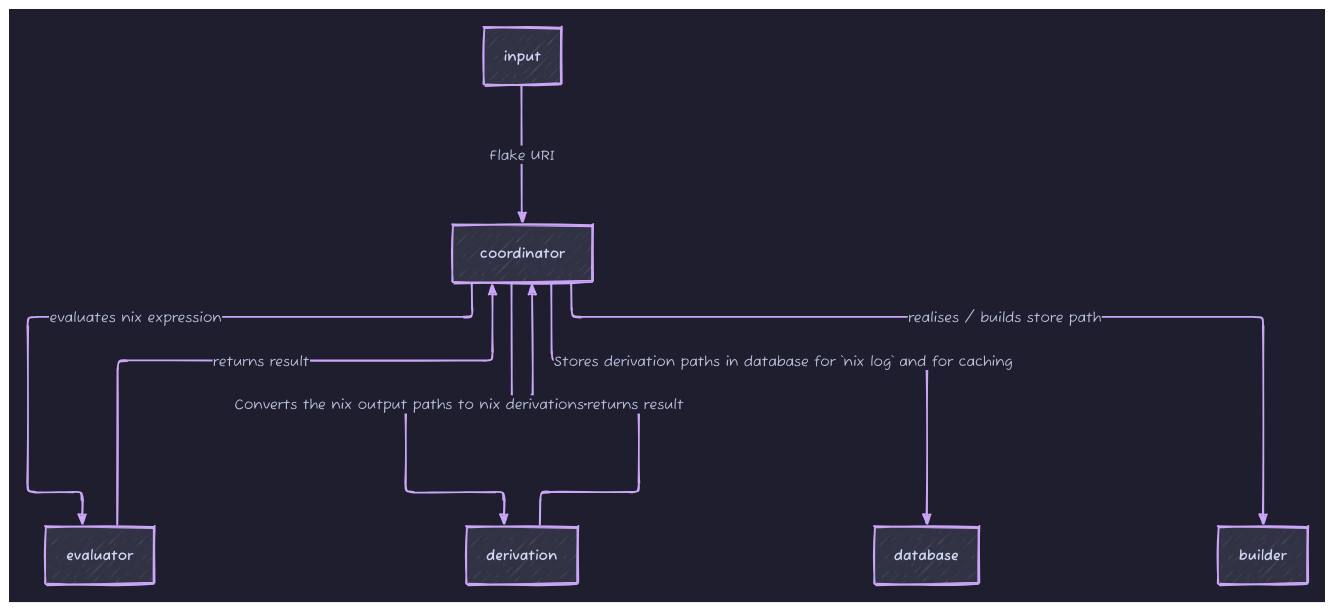
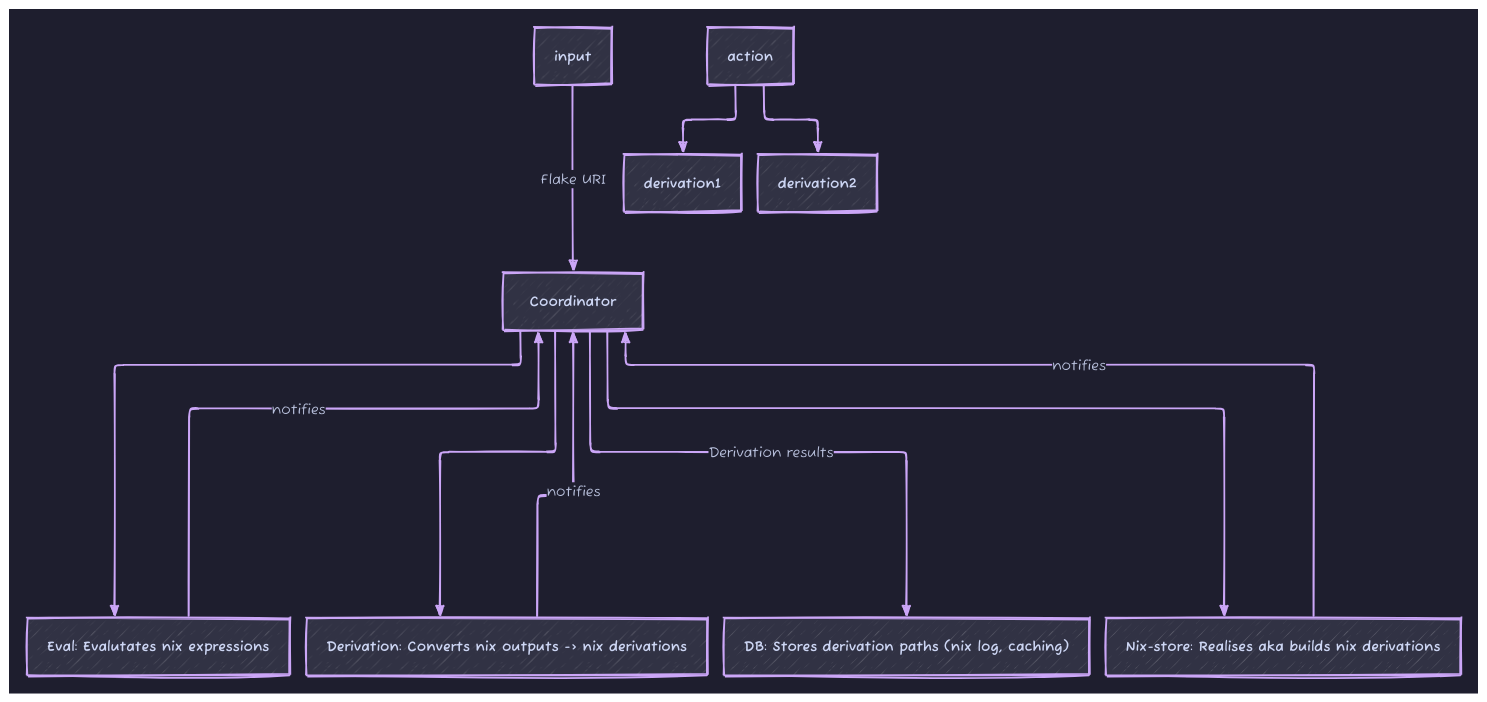
Before and after one commit to DestinyofYeet/ladon: the diagram in layout/layout.d2, drawn with D2. The commit also changed 1 other file, not shown here.

```diff
--- a/layout/layout.d2
+++ b/layout/layout.d2
@@ -1,25 +1,35 @@
 vars: {
 	d2-config: {
 		layout-engine: elk
 		theme-id: 200
 		center: true
 		sketch: true
 	}
 }
 
-coordinator
+coordinator: Coordinator
+derivation-rs: Derivation: Converts nix outputs -> nix derivations
 
-evaluator
+eval-rs: Eval: Evalutates nix expressions
 
-builder
+store-rs-realise: Nix-store: Realises aka builds nix derivations
 
 input -> coordinator: Flake URI
 
-database
+db: DB: Stores derivation paths (nix log, caching)
 
-coordinator -> evaluator: evaluates nix expression
-evaluator -> coordinator: returns result
-coordinator -> derivation: Converts the nix output paths to nix derivations
-derivation -> coordinator: returns result
-coordinator -> database: Stores derivation paths in database for `nix log` and for caching
-coordinator -> builder: realises / builds store path
+coordinator -> eval-rs
+eval-rs -> coordinator: notifies
+coordinator -> derivation-rs
+derivation-rs -> coordinator: notifies
+coordinator -> db: Derivation results
+coordinator -> store-rs-realise
+store-rs-realise -> coordinator: notifies
+
+action
+
+derivation1
+derivation2
+
+action -> derivation1
+action -> derivation2
```
